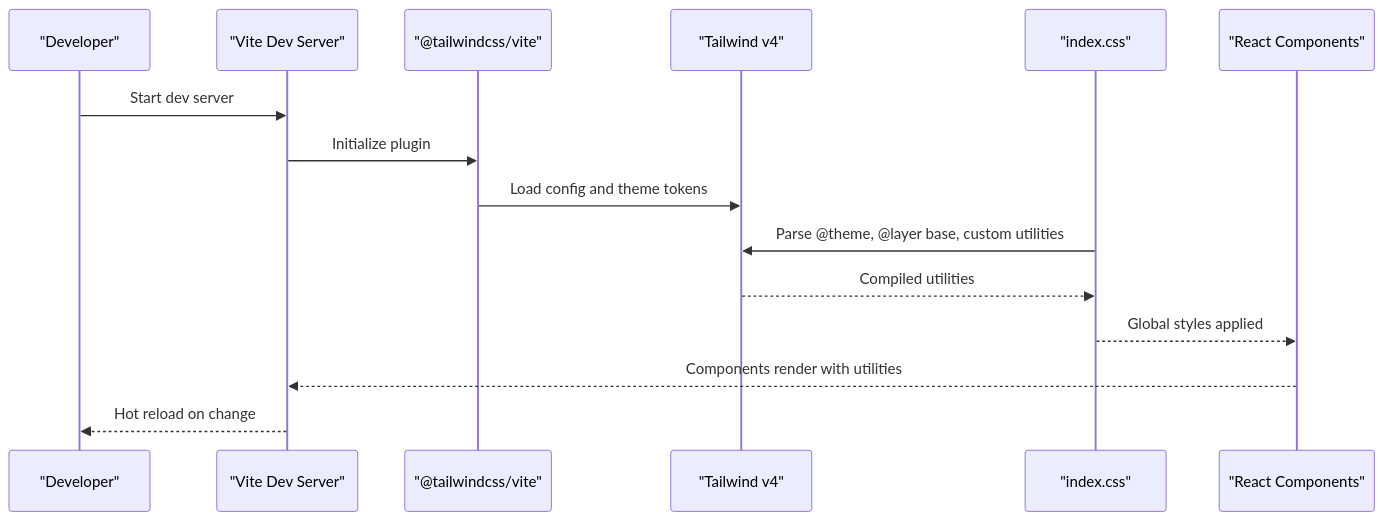
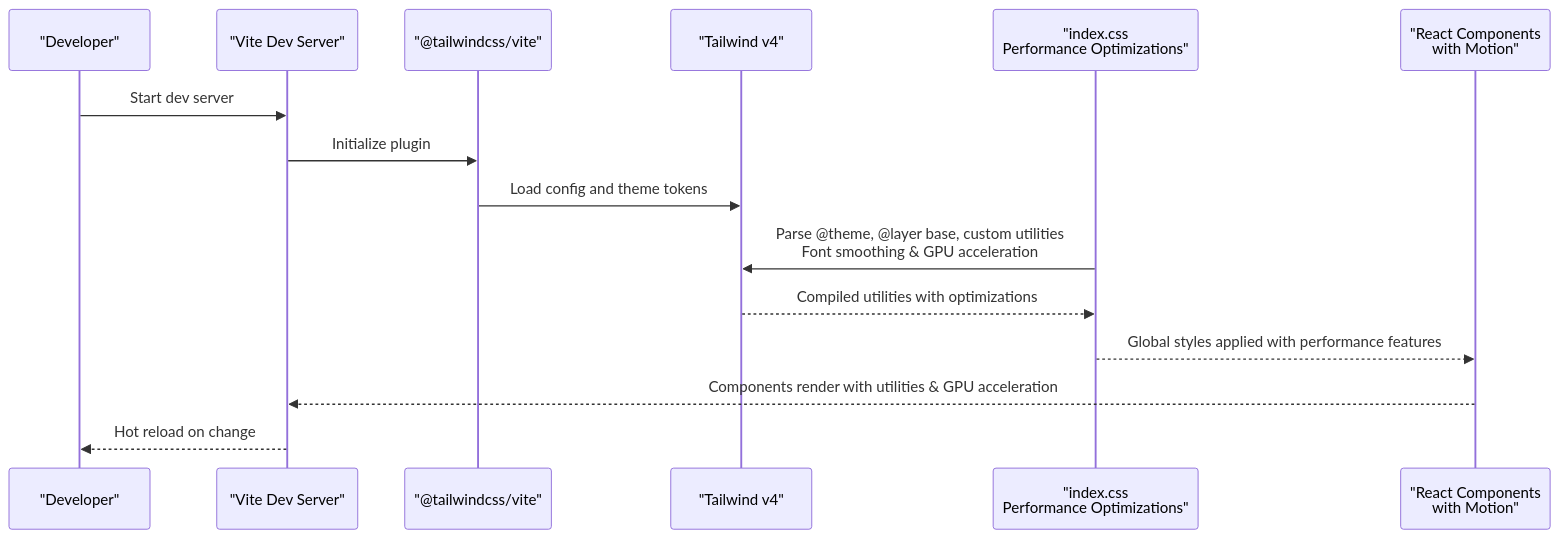
One commit to subash7781/Portfolio changed the second of 3 diagrams in .qoder/repowiki/en/content/Styling & Theming System.md. Above: the diagram before and after it, drawn with Mermaid. The commit also changed other lines of this file and 9 other files, not shown here.

````diff
--- a/.qoder/repowiki/en/content/Styling & Theming System.md
+++ b/.qoder/repowiki/en/content/Styling & Theming System.md
@@ -100,17 +111,17 @@
 ```mermaid
 sequenceDiagram
 participant Dev as "Developer"
 participant Vite as "Vite Dev Server"
 participant Plugin as "@tailwindcss/vite"
 participant TW as "Tailwind v4"
-participant CSS as "index.css"
-participant App as "React Components"
+participant CSS as "index.css<br/>Performance Optimizations"
+participant App as "React Components<br/>with Motion"
 Dev->>Vite : Start dev server
 Vite->>Plugin : Initialize plugin
 Plugin->>TW : Load config and theme tokens
-CSS->>TW : Parse @theme, @layer base, custom utilities
-TW-->>CSS : Compiled utilities
-CSS-->>App : Global styles applied
-App-->>Vite : Components render with utilities
+CSS->>TW : Parse @theme, @layer base, custom utilities<br/>Font smoothing & GPU acceleration
+TW-->>CSS : Compiled utilities with optimizations
+CSS-->>App : Global styles applied with performance features
+App-->>Vite : Components render with utilities & GPU acceleration
 Vite-->>Dev : Hot reload on change
 ```
````
